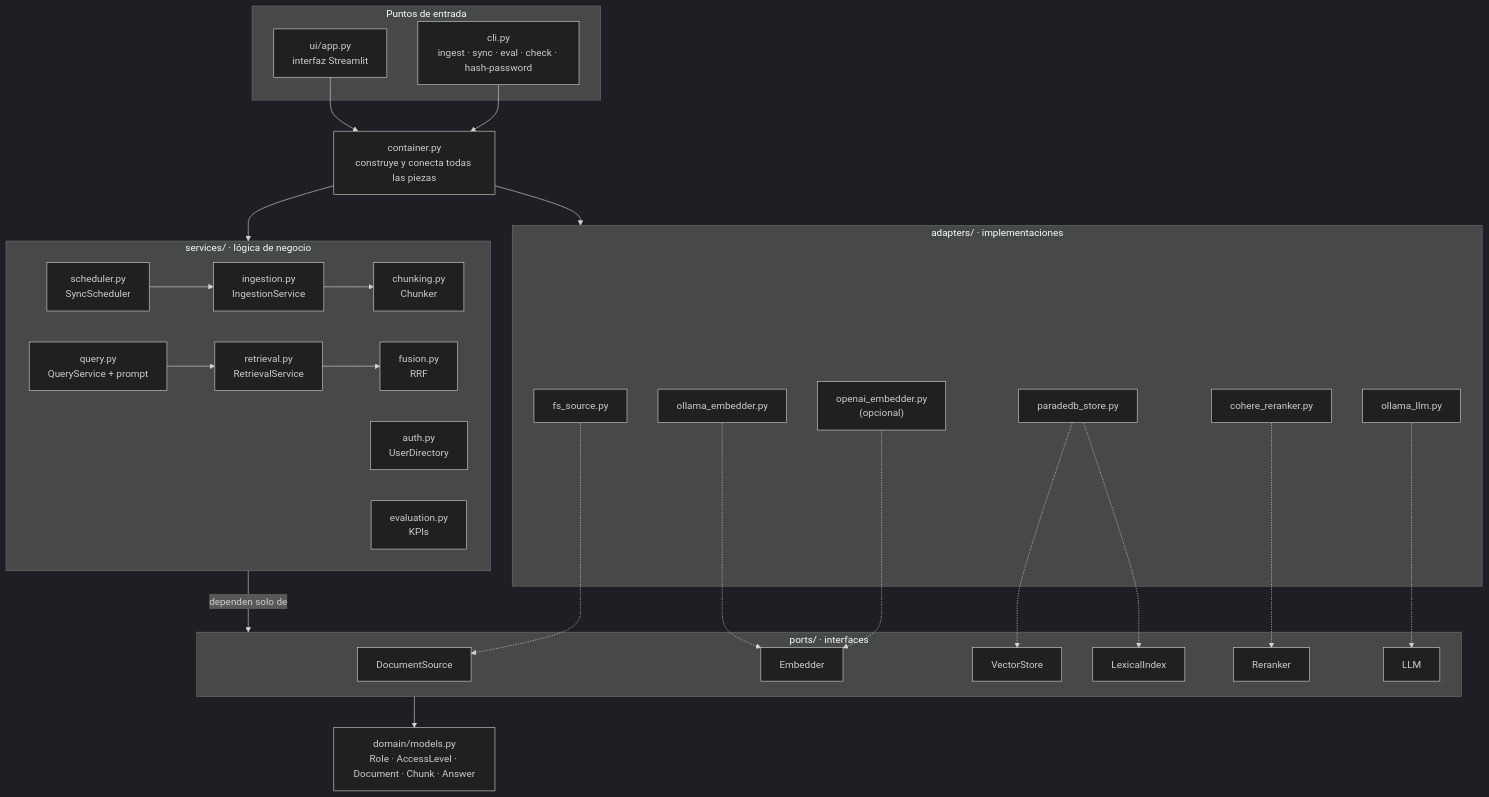
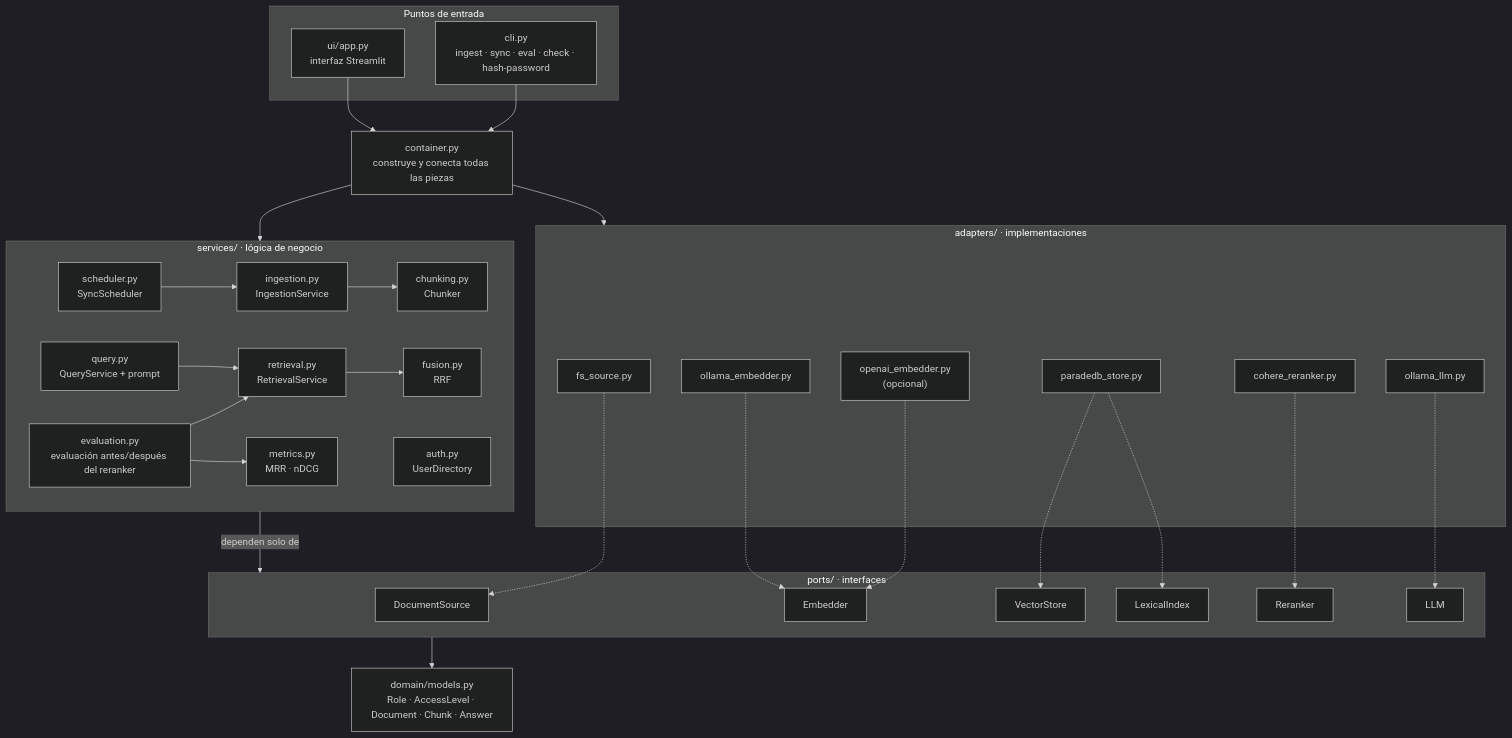
Before and after one commit to ignadeandres/RAG: the fourth of 5 diagrams in diagrams/README.md, drawn with Mermaid (dark theme). The commit also changed other lines of this file and 65 other files, not shown here.

First line of the commit message:
Add MRR and nDCG evaluation before and after the reranker

````diff
--- a/diagrams/README.md
+++ b/diagrams/README.md
@@ -95,58 +95,61 @@
 ```mermaid
 flowchart TB
     subgraph entry["Puntos de entrada"]
         ui["ui/app.py<br/>interfaz Streamlit"]
         cli["cli.py<br/>ingest · sync · eval · check · hash-password"]
     end
 
     container["container.py<br/>construye y conecta todas las piezas"]
 
     subgraph services["services/ · lógica de negocio"]
         ingestion["ingestion.py<br/>IngestionService"]
         scheduler["scheduler.py<br/>SyncScheduler"]
         chunking["chunking.py<br/>Chunker"]
         retrieval["retrieval.py<br/>RetrievalService"]
         fusion["fusion.py<br/>RRF"]
         query["query.py<br/>QueryService + prompt"]
         auth["auth.py<br/>UserDirectory"]
-        evaluation["evaluation.py<br/>KPIs"]
+        evaluation["evaluation.py<br/>evaluación antes/después del reranker"]
+        metrics["metrics.py<br/>MRR · nDCG"]
     end
 
     subgraph ports["ports/ · interfaces"]
         p_src["DocumentSource"]
         p_emb["Embedder"]
         p_vec["VectorStore"]
         p_lex["LexicalIndex"]
         p_rr["Reranker"]
         p_llm["LLM"]
     end
 
     subgraph adapters["adapters/ · implementaciones"]
         a_fs["fs_source.py"]
         a_oemb["ollama_embedder.py"]
         a_oai["openai_embedder.py<br/>(opcional)"]
         a_pdb["paradedb_store.py"]
         a_coh["cohere_reranker.py"]
         a_llm["ollama_llm.py"]
     end
 
     domain["domain/models.py<br/>Role · AccessLevel · Document · Chunk · Answer"]
 
     ui --> container
     cli --> container
     container --> services
     container --> adapters
     scheduler --> ingestion
     ingestion --> chunking
     query --> retrieval
     retrieval --> fusion
+    evaluation --> retrieval
+    evaluation --> metrics
     services -->|"dependen solo de"| ports
     a_fs -.-> p_src
     a_oemb -.-> p_emb
     a_oai -.-> p_emb
     a_pdb -.-> p_vec
     a_pdb -.-> p_lex
     a_coh -.-> p_rr
     a_llm -.-> p_llm
     ports --> domain
 ```
````
